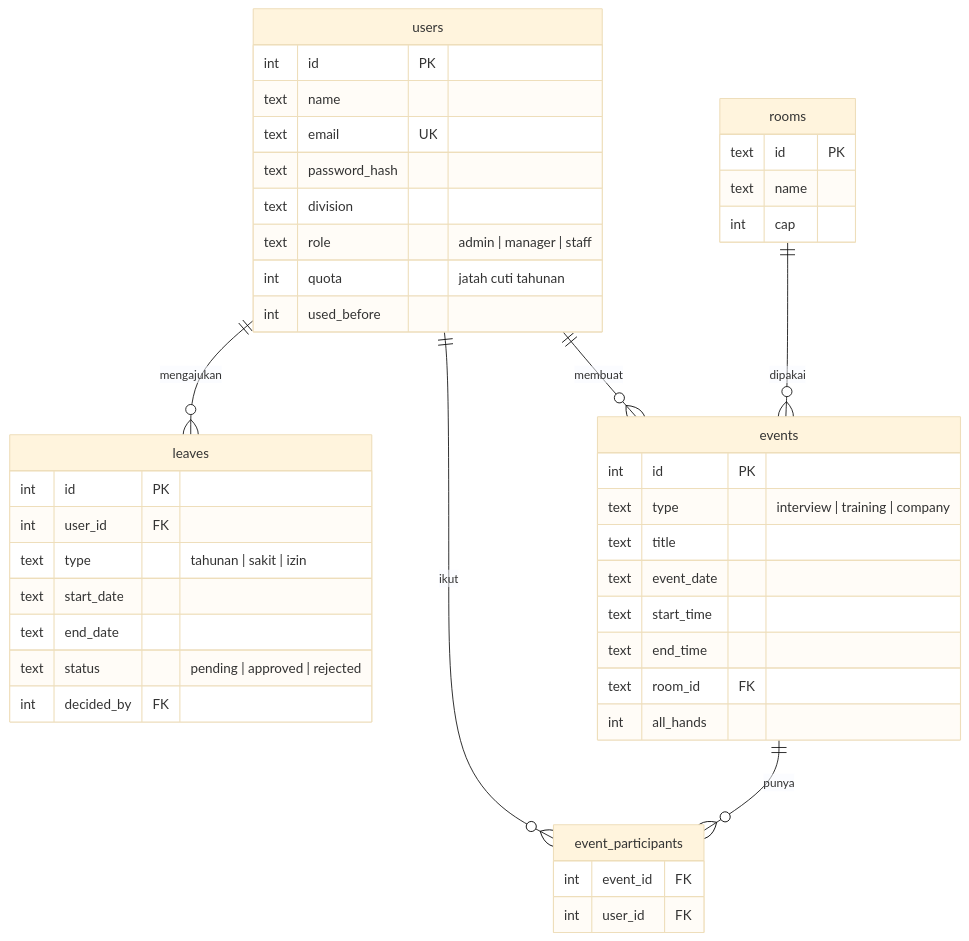
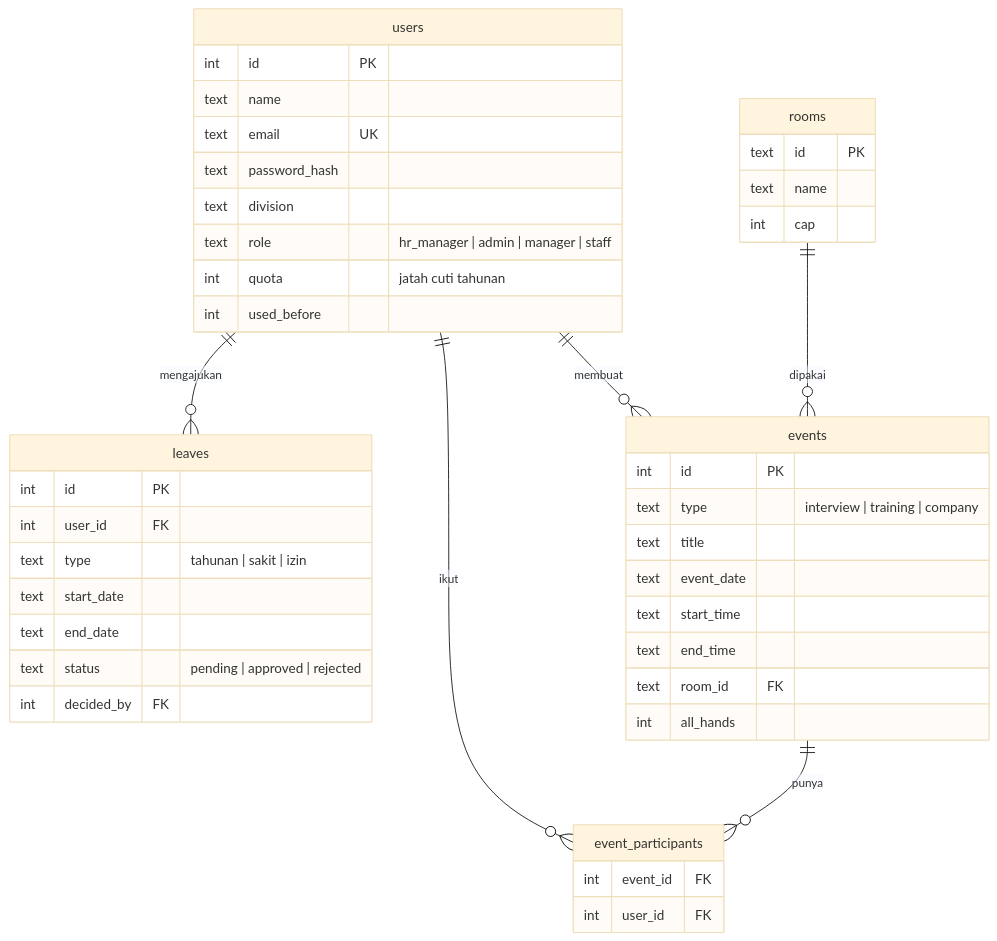
One commit to agnamdz-am/hr-schedule-hub changed the diagram in README.md. Above: the diagram before and after it, drawn with Mermaid (base theme). The commit also changed other lines of this file and 17 other files, not shown here.

Commit message:
Pisahkan tugas Manager HR dan Admin HR

````diff
--- a/README.md
+++ b/README.md
@@ -101,46 +102,46 @@
 ```mermaid
 erDiagram
   users ||--o{ leaves : mengajukan
   users ||--o{ event_participants : ikut
   events ||--o{ event_participants : punya
   rooms ||--o{ events : dipakai
   users ||--o{ events : membuat
   users {
     int id PK
     text name
     text email UK
     text password_hash
     text division
-    text role "admin | manager | staff"
+    text role "hr_manager | admin | manager | staff"
     int quota "jatah cuti tahunan"
     int used_before
   }
   rooms {
     text id PK
     text name
     int cap
   }
   events {
     int id PK
     text type "interview | training | company"
     text title
     text event_date
     text start_time
     text end_time
     text room_id FK
     int all_hands
   }
   event_participants {
     int event_id FK
     int user_id FK
   }
   leaves {
     int id PK
     int user_id FK
     text type "tahunan | sakit | izin"
     text start_date
     text end_date
     text status "pending | approved | rejected"
     int decided_by FK
   }
 ```
````
